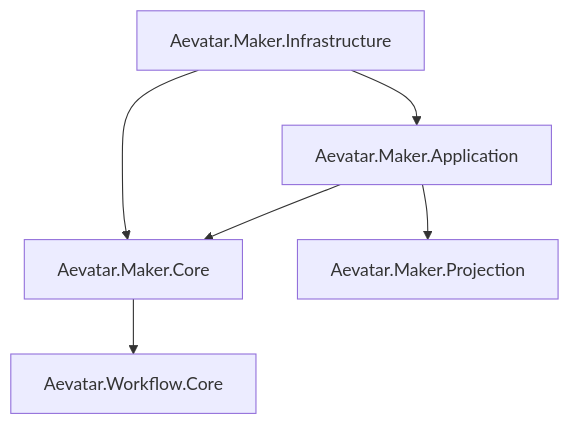
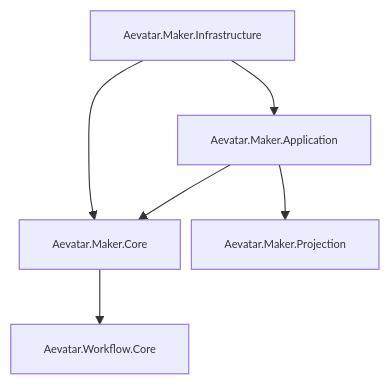
The diagram in src/maker/README.md (aevatarAI/aevatar), drawn with Mermaid before and after one commit. The commit also changed 113 other files, not shown here.

First line of the commit message:
Refactor CQRS architecture by removing RunId semantics and enhancing command context management

````diff
--- a/src/maker/README.md
+++ b/src/maker/README.md
@@ -15,8 +15,9 @@
 ```mermaid
+%%{init: {"maxTextSize": 100000, "flowchart": {"useMaxWidth": false, "nodeSpacing": 10, "rankSpacing": 50}, "themeVariables": {"fontSize": "10px"}}}%%
 flowchart TB
     A["Aevatar.Maker.Infrastructure"] --> B["Aevatar.Maker.Application"]
     A --> C["Aevatar.Maker.Core"]
     B --> C
     B --> D["Aevatar.Maker.Projection"]
     C --> E["Aevatar.Workflow.Core"]
 ```
````
